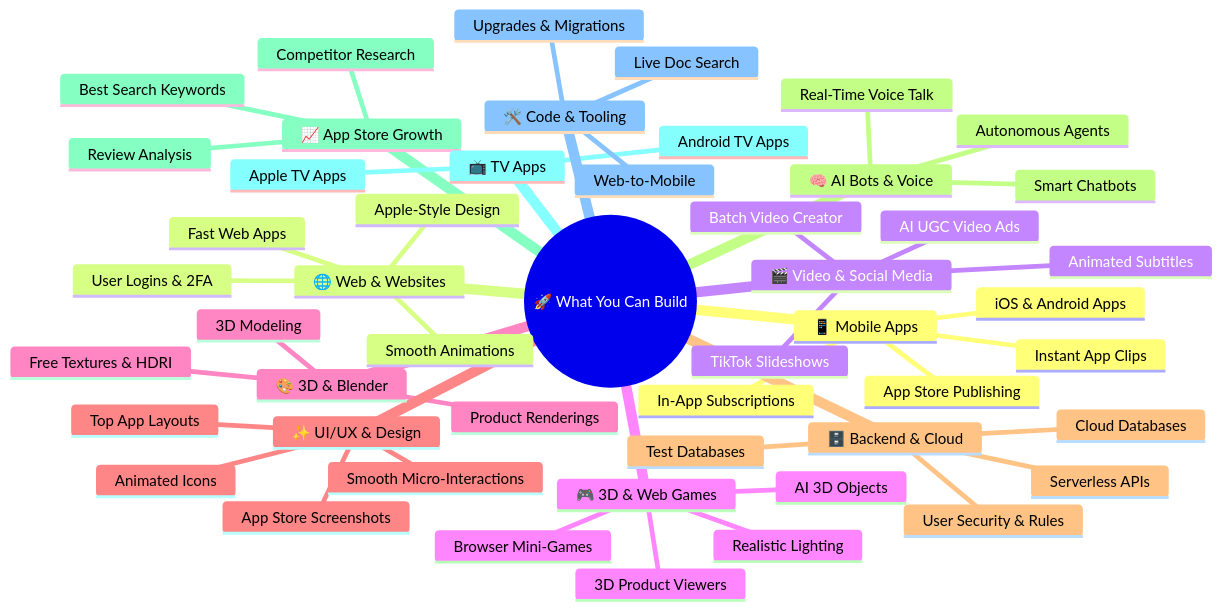
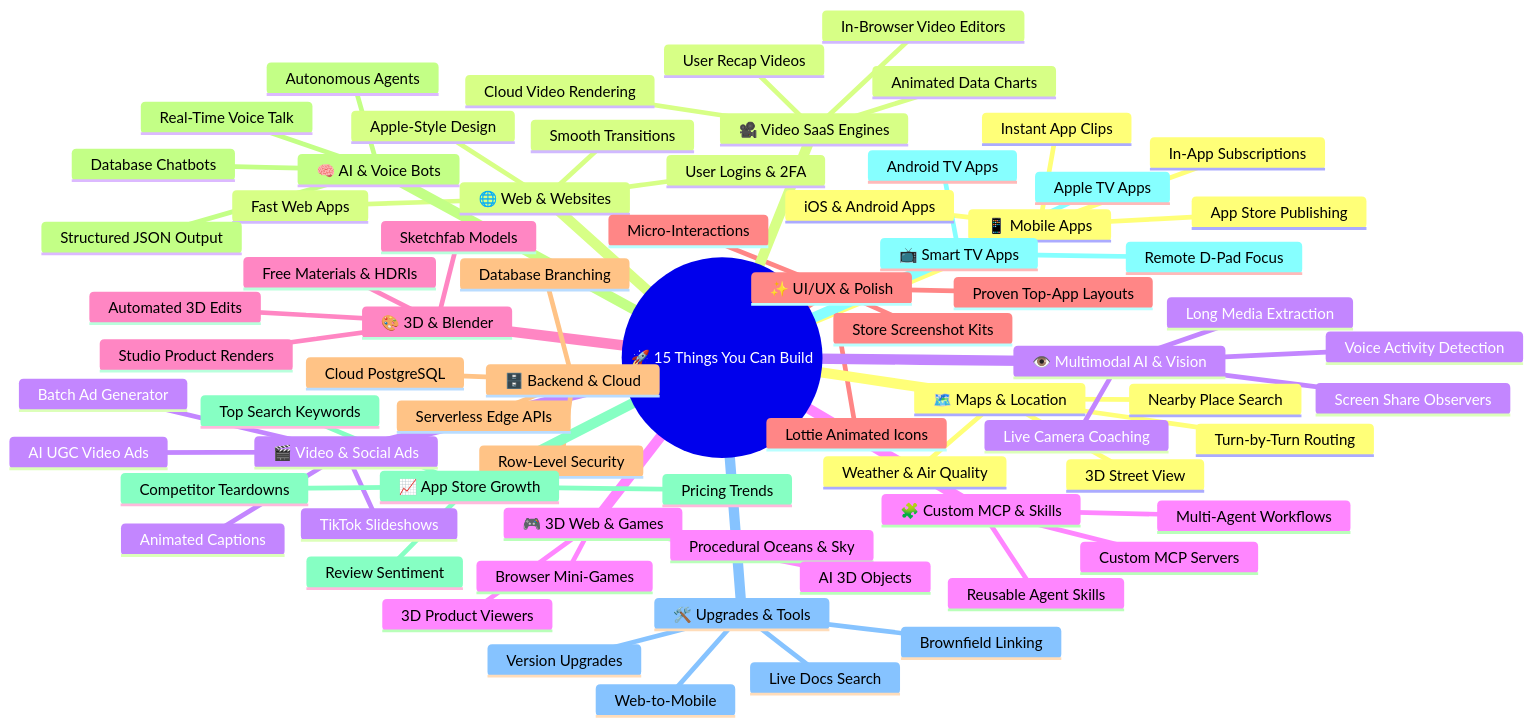
One commit to beyg1/Skills-Map changed the diagram in README.md. Above: the diagram before and after it, drawn with Mermaid. The commit also changed other lines of this file and 2 other files, not shown here.

````diff
--- a/README.md
+++ b/README.md
@@ -9,53 +9,77 @@
 ```mermaid
 mindmap
-  root((🚀 What You Can Build))
+  root((🚀 15 Things You Can Build))
     📱 Mobile Apps
       iOS & Android Apps
       In-App Subscriptions
       Instant App Clips
       App Store Publishing
     🌐 Web & Websites
       Fast Web Apps
       Apple-Style Design
       User Logins & 2FA
-      Smooth Animations
-    🎬 Video & Social Media
+      Smooth Transitions
+    🎬 Video & Social Ads
       AI UGC Video Ads
       TikTok Slideshows
-      Animated Subtitles
-      Batch Video Creator
-    🎮 3D & Web Games
+      Animated Captions
+      Batch Ad Generator
+    🎮 3D Web & Games
       3D Product Viewers
       Browser Mini-Games
-      Realistic Lighting
+      Procedural Oceans & Sky
       AI 3D Objects
     🎨 3D & Blender
-      3D Modeling
-      Free Textures & HDRI
-      Product Renderings
-    ✨ UI/UX & Design
-      App Store Screenshots
-      Smooth Micro-Interactions
-      Animated Icons
-      Top App Layouts
+      Automated 3D Edits
+      Free Materials & HDRIs
+      Sketchfab Models
+      Studio Product Renders
+    ✨ UI/UX & Polish
+      Proven Top-App Layouts
+      Micro-Interactions
+      Lottie Animated Icons
+      Store Screenshot Kits
     🗄️ Backend & Cloud
-      Cloud Databases
-      User Security & Rules
-      Serverless APIs
-      Test Databases
-    🧠 AI Bots & Voice
+      Cloud PostgreSQL
+      Row-Level Security
+      Database Branching
+      Serverless Edge APIs
+    🧠 AI & Voice Bots
       Real-Time Voice Talk
-      Smart Chatbots
+      Database Chatbots
       Autonomous Agents
+      Structured JSON Output
     📈 App Store Growth
-      Best Search Keywords
-      Competitor Research
-      Review Analysis
-    📺 TV Apps
+      Top Search Keywords
+      Competitor Teardowns
+      Review Sentiment
+      Pricing Trends
+    📺 Smart TV Apps
       Apple TV Apps
       Android TV Apps
-    🛠️ Code & Tooling
-      Upgrades & Migrations
+      Remote D-Pad Focus
+    🛠️ Upgrades & Tools
+      Version Upgrades
       Web-to-Mobile
-      Live Doc Search
+      Brownfield Linking
+      Live Docs Search
+    🗺️ Maps & Location
+      Nearby Place Search
+      Turn-by-Turn Routing
+      3D Street View
+      Weather & Air Quality
+    🎥 Video SaaS Engines
+      Cloud Video Rendering
+      User Recap Videos
+      In-Browser Video Editors
+      Animated Data Charts
+    👁️ Multimodal AI & Vision
+      Live Camera Coaching
+      Screen Share Observers
+      Voice Activity Detection
+      Long Media Extraction
+    🧩 Custom MCP & Skills
+      Custom MCP Servers
+      Reusable Agent Skills
+      Multi-Agent Workflows
 ```
````
